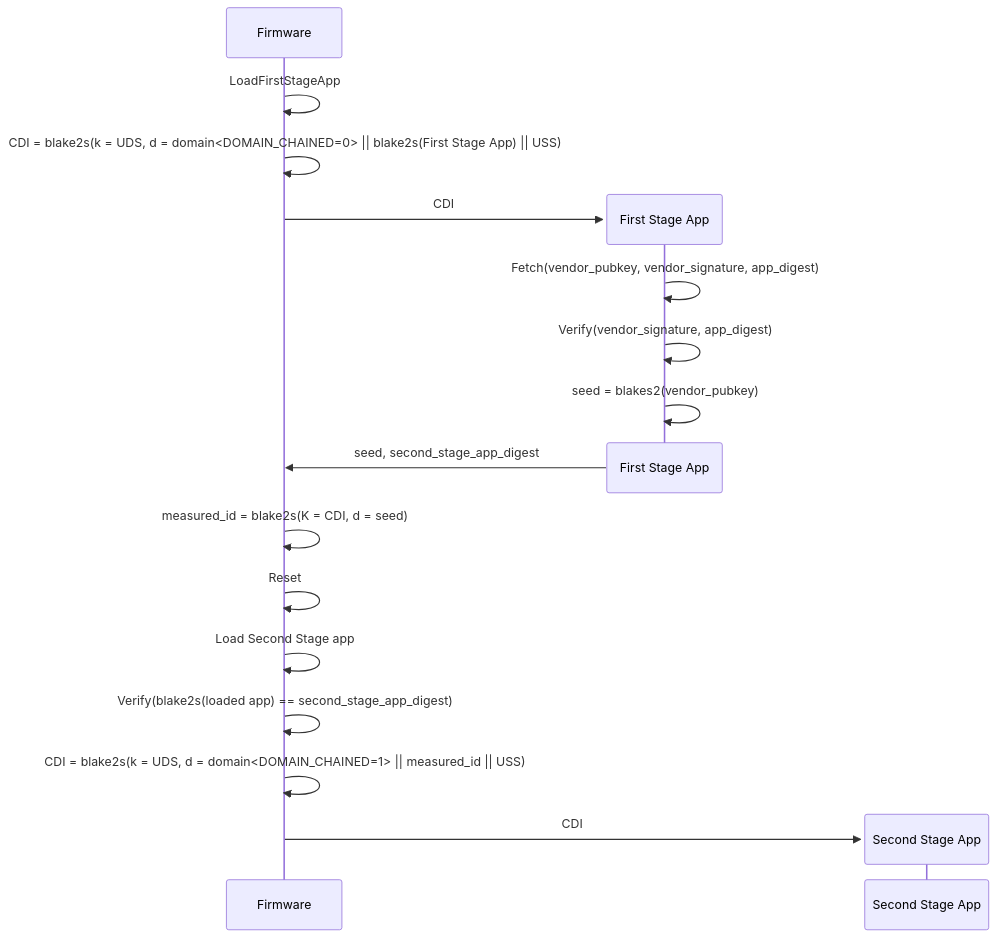
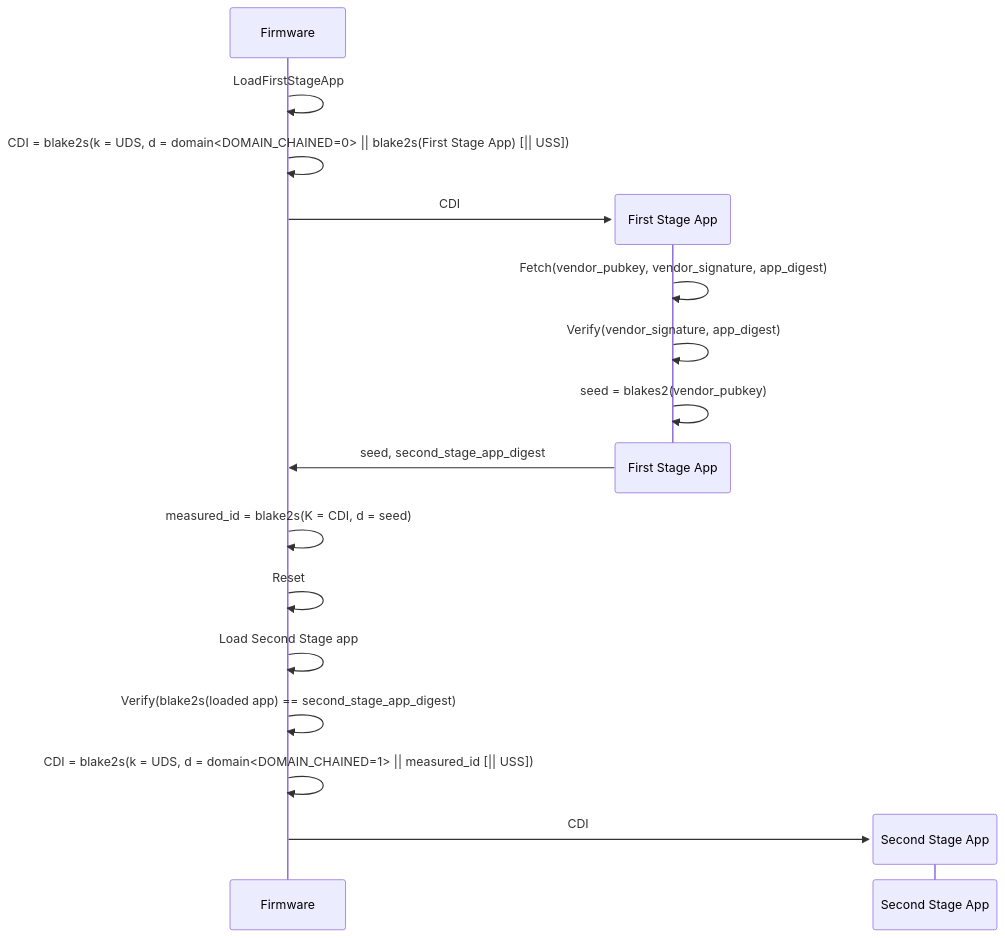
One commit to tillitis/tkey-boot-verifier changed the first of 3 diagrams in doc/design.md. Above: the diagram before and after it, drawn with Mermaid. The commit also changed other lines of this file, not shown here.

Commit message:
doc: Mark optional USS consistently throughout design doc

````diff
--- a/doc/design.md
+++ b/doc/design.md
@@ -163,19 +163,19 @@
 ```mermaid
 sequenceDiagram
     Firmware->>Firmware: LoadFirstStageApp
-    Firmware->>Firmware: CDI = blake2s(k = UDS, d = domain<DOMAIN_CHAINED=0> || blake2s(First Stage App) || USS)
+    Firmware->>Firmware: CDI = blake2s(k = UDS, d = domain<DOMAIN_CHAINED=0> || blake2s(First Stage App) [|| USS])
     create participant First Stage App
     Firmware->>First Stage App: CDI
     First Stage App->>First Stage App: Fetch(vendor_pubkey, vendor_signature, app_digest)
     First Stage App->>First Stage App: Verify(vendor_signature, app_digest)
     First Stage App->>First Stage App: seed = blakes2(vendor_pubkey)
     destroy First Stage App
     First Stage App->>Firmware: seed, second_stage_app_digest
     Firmware->>Firmware: measured_id = blake2s(K = CDI, d = seed)
     Firmware->>Firmware: Reset
     Firmware->>Firmware: Load Second Stage app
     Firmware->>Firmware: Verify(blake2s(loaded app) == second_stage_app_digest)
-    Firmware->>Firmware: CDI = blake2s(k = UDS, d = domain<DOMAIN_CHAINED=1> || measured_id || USS)
+    Firmware->>Firmware: CDI = blake2s(k = UDS, d = domain<DOMAIN_CHAINED=1> || measured_id [|| USS])
     create participant Second Stage App
     Firmware->>Second Stage App: CDI
 ```
````
